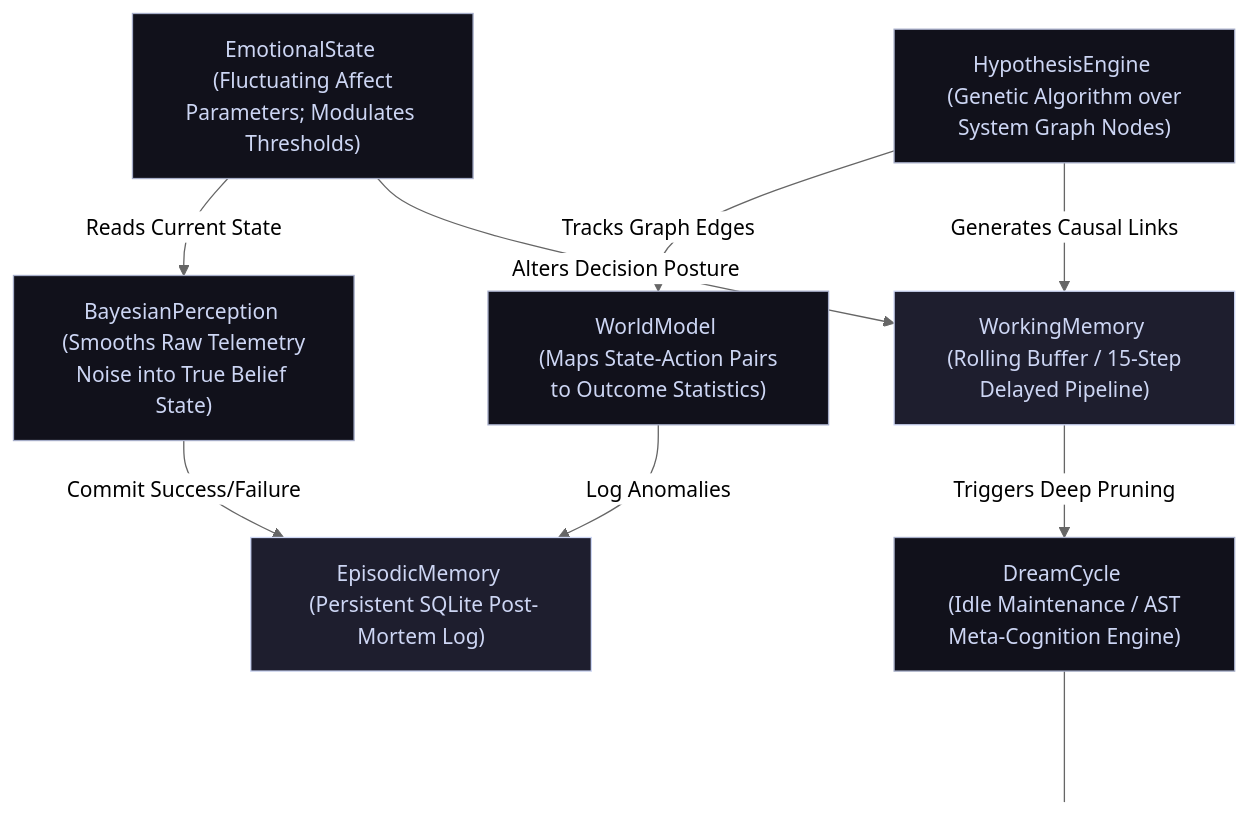
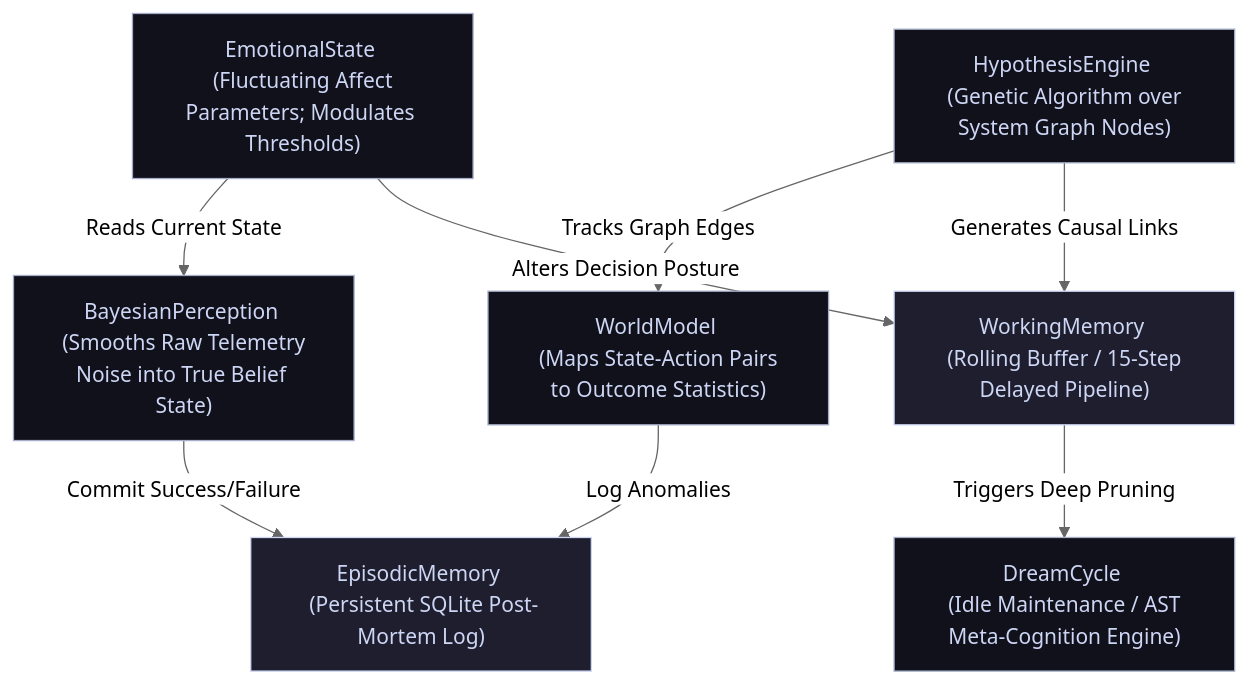
Before and after one commit to mematron/Minuet: the diagram in README.md, drawn with Mermaid (neutral theme).

````diff
--- a/README.md
+++ b/README.md
@@ -38,27 +38,24 @@
 ```mermaid
 graph TD
     %% Styling Configuration
     classDef default fill:#11111b,stroke:#a6adc8,stroke-width:1px,color:#cdd6f4;
     classDef memory fill:#1e1e2e,stroke:#cdd6f4,stroke-width:1px,color:#cdd6f4;
     
     EpisodicMemory["EpisodicMemory <br/> (Persistent SQLite Post-Mortem Log)"]:::memory
     BayesianPerception["BayesianPerception <br/> (Smooths Raw Telemetry Noise into True Belief State)"]
     WorldModel["WorldModel <br/> (Maps State-Action Pairs to Outcome Statistics)"]
     EmotionalState["EmotionalState <br/> (Fluctuating Affect Parameters; Modulates Thresholds)"]
     HypothesisEngine["HypothesisEngine <br/> (Genetic Algorithm over System Graph Nodes)"]
     WorkingMemory["WorkingMemory <br/> (Rolling Buffer / 15-Step Delayed Pipeline)"]:::memory
     DreamCycle["DreamCycle <br/> (Idle Maintenance / AST Meta-Cognition Engine)"]
-    Padding[ ]:::invisible
 
     %% Cognitive Framework Interconnections
     BayesianPerception -->|Commit Success/Failure| EpisodicMemory
     WorldModel -->|Log Anomalies| EpisodicMemory
     EmotionalState -->|Reads Current State| BayesianPerception
     HypothesisEngine -->|Tracks Graph Edges| WorldModel
     HypothesisEngine -->|Generates Causal Links| WorkingMemory
     EmotionalState -->|Alters Decision Posture| WorkingMemory
     WorkingMemory -->|Triggers Deep Pruning| DreamCycle
-    DreamCycle --- Padding
 
-    classDef invisible fill:none,stroke:none,color:#0000,width:0px,height:100px;
 ```
````
